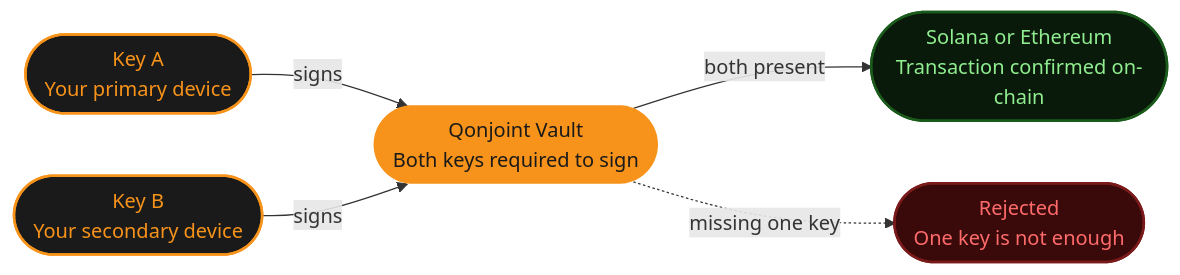
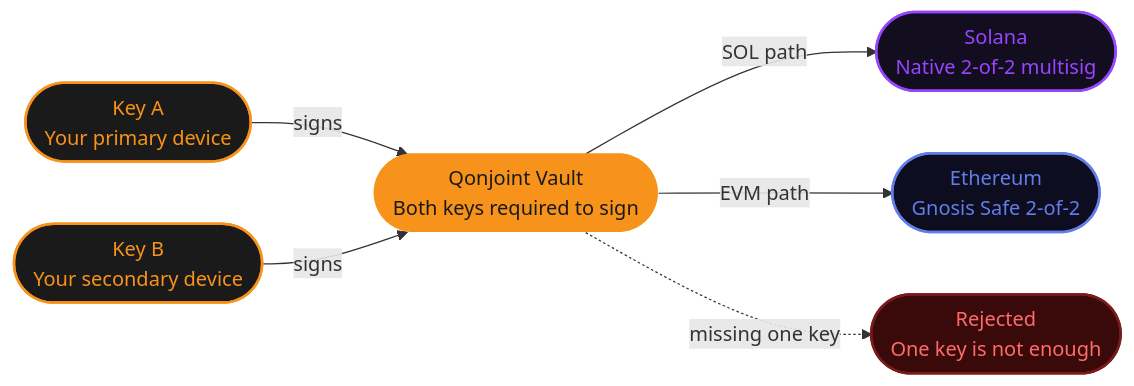
One commit to bitqoinorg/.github changed the diagram in profile/README.md. Above: the diagram before and after it, drawn with Mermaid. The commit also changed other lines of this file, not shown here.

Commit message:
docs(org): split mermaid into solana and ethereum paths, add gnosis safe 2-of-2, update stack table

````diff
--- a/profile/README.md
+++ b/profile/README.md
@@ -54,27 +54,31 @@
 ```mermaid
 flowchart LR
     classDef key fill:#1a1a1a,color:#F7931A,stroke:#F7931A,stroke-width:2px
     classDef vault fill:#F7931A,color:#1a1a1a,stroke:none
-    classDef chain fill:#0a1a0a,color:#90ee90,stroke:#1a5a1a,stroke-width:2px
+    classDef sol fill:#120d1f,color:#9945FF,stroke:#9945FF,stroke-width:2px
+    classDef eth fill:#0d0d1f,color:#627EEA,stroke:#627EEA,stroke-width:2px
     classDef reject fill:#3a0a0a,color:#ff6b6b,stroke:#7a1a1a,stroke-width:2px
 
     KA(["Key A
 Your primary device"]):::key
     KB(["Key B
 Your secondary device"]):::key
     V(["Qonjoint Vault
 Both keys required to sign"]):::vault
-    S(["Solana or Ethereum
-Transaction confirmed on-chain"]):::chain
+    SOL(["Solana
+Native 2-of-2 multisig"]):::sol
+    ETH(["Ethereum
+Gnosis Safe 2-of-2"]):::eth
     R(["Rejected
 One key is not enough"]):::reject
 
     KA -->|"signs"| V
     KB -->|"signs"| V
-    V -->|"both present"| S
+    V -->|"SOL path"| SOL
+    V -->|"EVM path"| ETH
     V -. "missing one key" .-> R
 
     click V "https://github.com/bitqoinorg/wallet" "Open wallet repo"
     click KA "https://github.com/bitqoinorg/protocol" "Read the protocol spec"
     click KB "https://github.com/bitqoinorg/protocol" "Read the protocol spec"
 ```
````
